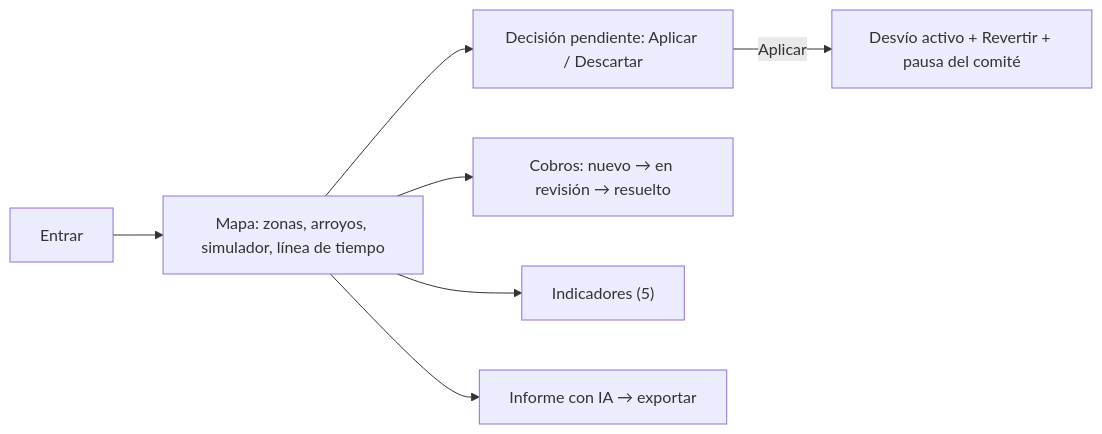
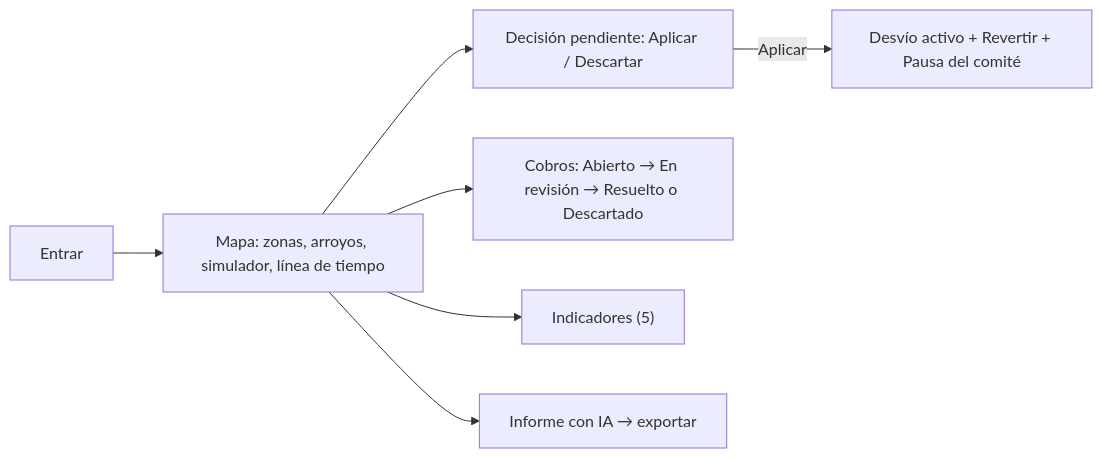
Before and after one commit to Sebas200702/quijam-city-challenge: the fourth of 5 diagrams in docs/17-arquitectura-de-informacion.md, drawn with Mermaid. The commit also changed other lines of this file and 1 other file, not shown here.

First line of the commit message:
docs: align information architecture with built mockups

````diff
--- a/docs/17-arquitectura-de-informacion.md
+++ b/docs/17-arquitectura-de-informacion.md
@@ -131,9 +153,9 @@
 ```mermaid
 flowchart LR
     LOGIN["Entrar"] --> MAP["Mapa: zonas, arroyos, simulador, línea de tiempo"]
     MAP --> DEC["Decisión pendiente: Aplicar / Descartar"]
-    DEC -->|Aplicar| APPLIED["Desvío activo + Revertir + pausa del comité"]
-    MAP --> REP["Cobros: nuevo → en revisión → resuelto"]
+    DEC -->|Aplicar| APPLIED["Desvío activo + Revertir + Pausa del comité"]
+    MAP --> REP["Cobros: Abierto → En revisión → Resuelto o Descartado"]
     MAP --> KPI["Indicadores (5)"]
     MAP --> AI["Informe con IA → exportar"]
 ```
````
